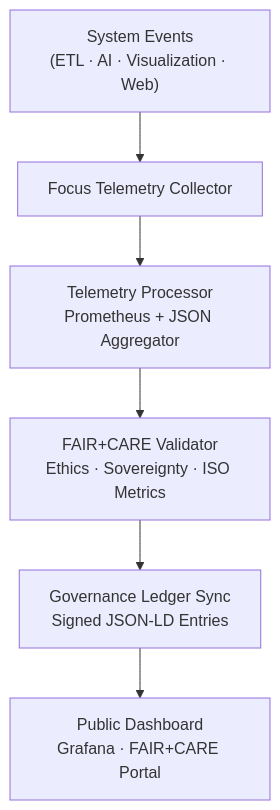
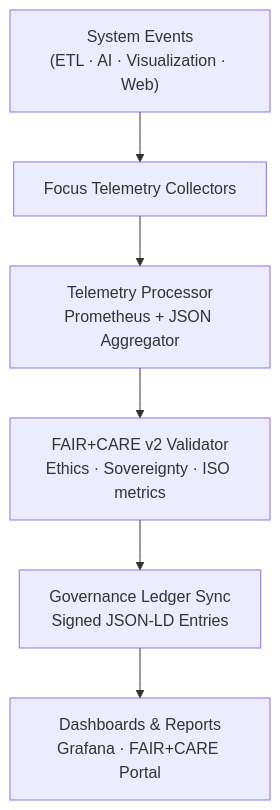
The first of 2 diagrams in docs/guides/telemetry/focus-telemetry-architecture.md (bartytime4life/Kansas-Frontier-Matrix), drawn with Mermaid before and after one commit. The commit also changed other lines of this file, not shown here.

`````diff
--- a/docs/guides/telemetry/focus-telemetry-architecture.md
+++ b/docs/guides/telemetry/focus-telemetry-architecture.md
@@ -77,8 +79,8 @@
 ```mermaid
 flowchart TD
-A["System Events<br/>(ETL · AI · Visualization · Web)"] --> B["Focus Telemetry Collector"]
+A["System Events<br/>(ETL · AI · Visualization · Web)"] --> B["Focus Telemetry Collectors"]
 B --> C["Telemetry Processor<br/>Prometheus + JSON Aggregator"]
-C --> D["FAIR+CARE Validator<br/>Ethics · Sovereignty · ISO Metrics"]
+C --> D["FAIR+CARE v2 Validator<br/>Ethics · Sovereignty · ISO metrics"]
 D --> E["Governance Ledger Sync<br/>Signed JSON-LD Entries"]
-E --> F["Public Dashboard<br/>Grafana · FAIR+CARE Portal"]
-```
+E --> F["Dashboards & Reports<br/>Grafana · FAIR+CARE Portal"]
+````
`````
